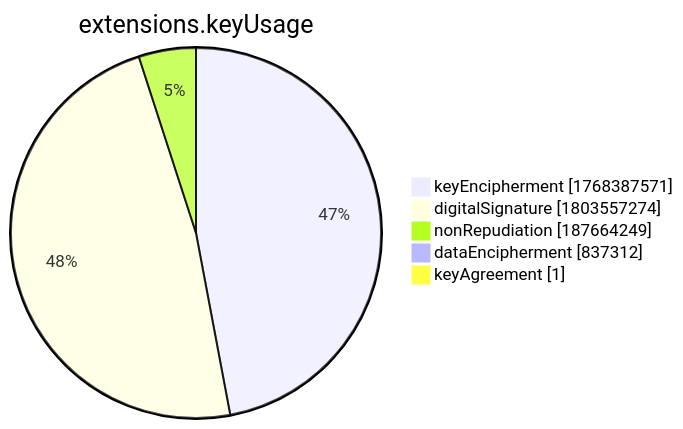
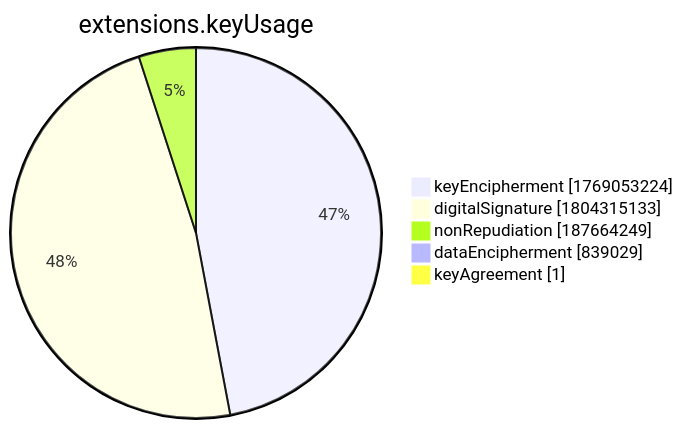
One commit to christiankrug/ctmonitor_visualization changed the seventh of 15 diagrams in xenon2022/README.md. Above: the diagram before and after it, drawn with Mermaid. The commit also changed other lines of this file, not shown here.

````diff
--- a/xenon2022/README.md
+++ b/xenon2022/README.md
@@ -2859,9 +2859,9 @@
 ```mermaid
 pie showData
 title extensions.keyUsage
-"keyEncipherment" :1768387571
-"digitalSignature" :1803557274
+"keyEncipherment" :1769053224
+"digitalSignature" :1804315133
 "nonRepudiation" :187664249
-"dataEncipherment" :837312
+"dataEncipherment" :839029
 "keyAgreement" :1
 ```
````
